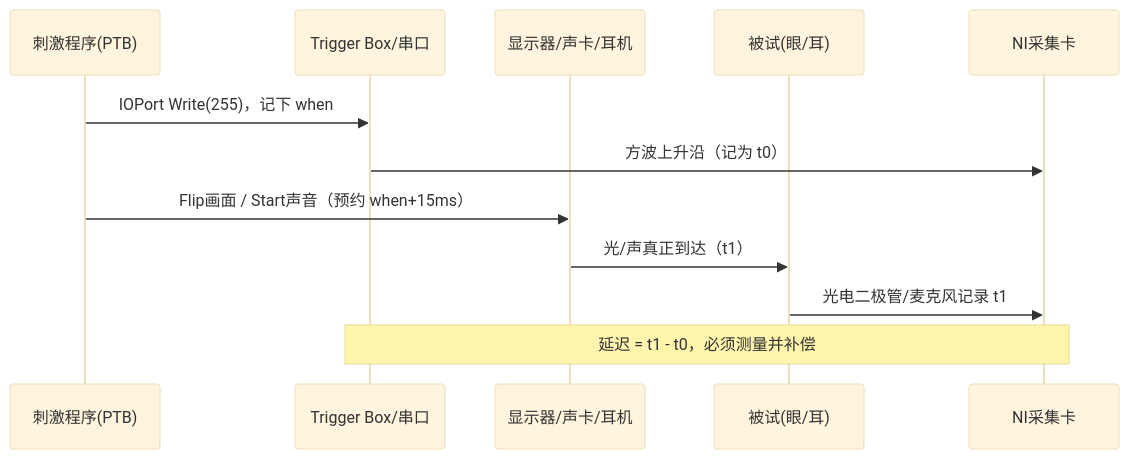
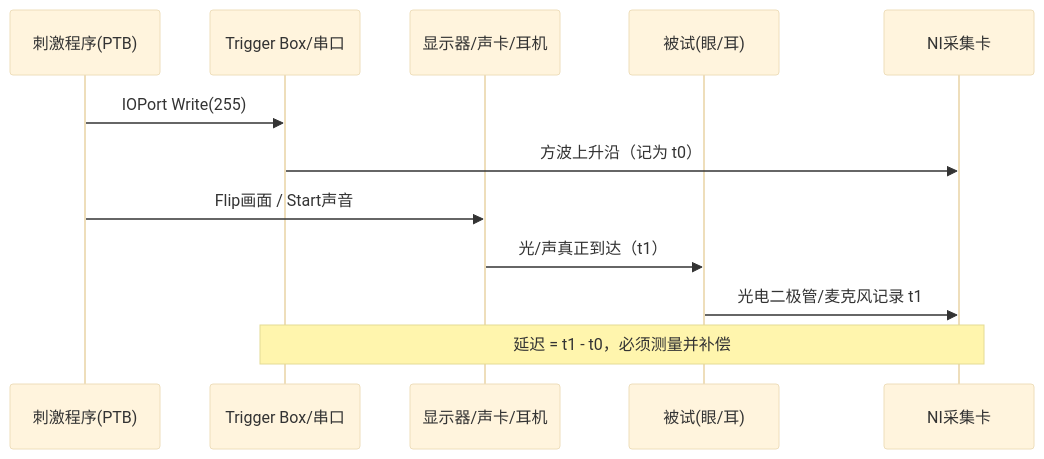
Before and after one commit to Echoguwy/ptb-av-timing: the first of 6 diagrams in 高时间精度视听觉刺激呈现说明书.md, drawn with Mermaid (base theme). The commit also changed other lines of this file and 7 other files, not shown here.

````diff
--- a/高时间精度视听觉刺激呈现说明书.md
+++ b/高时间精度视听觉刺激呈现说明书.md
@@ -14,14 +14,14 @@
 ```mermaid
 sequenceDiagram
     participant P as 刺激程序(PTB)
     participant T as Trigger Box/串口
     participant D as 显示器/声卡/耳机
     participant S as 被试(眼/耳)
     participant N as NI采集卡
-    P->>T: IOPort Write(255)，记下 when
+    P->>T: IOPort Write(255)
     T->>N: 方波上升沿（记为 t0）
-    P->>D: Flip画面 / Start声音（预约 when+15ms）
+    P->>D: Flip画面 / Start声音
     D->>S: 光/声真正到达（t1）
     S->>N: 光电二极管/麦克风记录 t1
     Note over T,N: 延迟 = t1 - t0，必须测量并补偿
 ```
````
